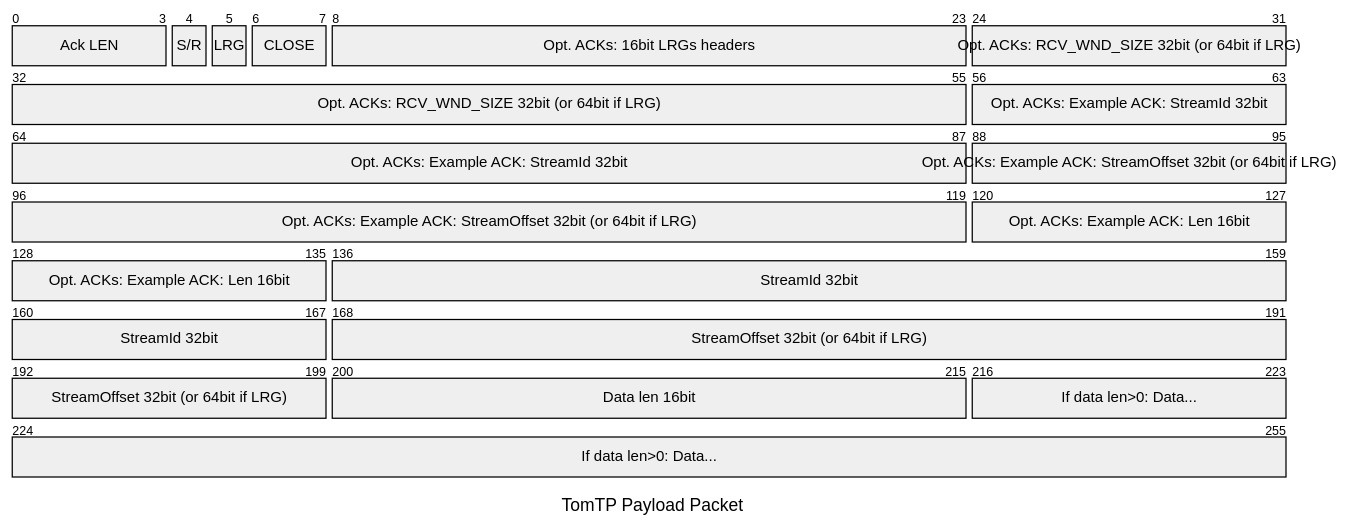
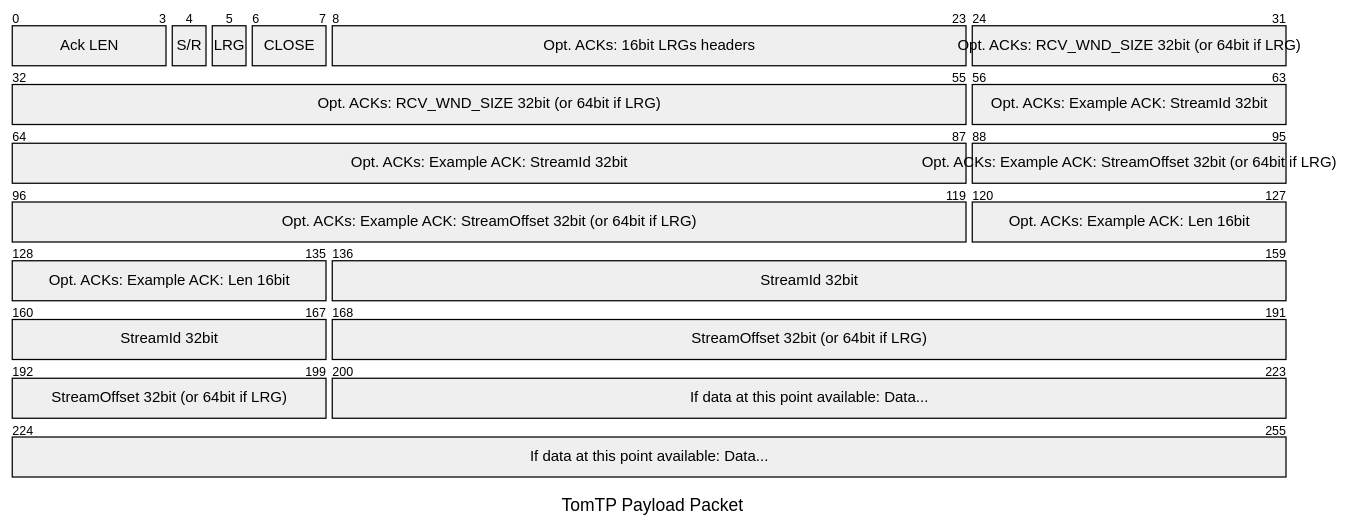
The sixth of 7 diagrams in Readme.md (tbocek/tomtp), drawn with Mermaid before and after one commit. The commit also changed other lines of this file and 5 other files, not shown here.

````diff
--- a/Readme.md
+++ b/Readme.md
@@ -213,19 +213,18 @@
 ```mermaid
 ---
 title: "TomTP Payload Packet"
 ---
 packet-beta
   0-3: "Ack LEN"
   4: "S/R"
   5: "LRG"
   6-7: "CLOSE"
   8-23: "Opt. ACKs: 16bit LRGs headers"
   24-55: "Opt. ACKs: RCV_WND_SIZE 32bit (or 64bit if LRG)"
   56-87: "Opt. ACKs: Example ACK: StreamId 32bit"
   88-119: "Opt. ACKs: Example ACK: StreamOffset 32bit (or 64bit if LRG)"
   120-135: "Opt. ACKs: Example ACK: Len 16bit"
   136-167: "StreamId 32bit"
   168-199: "StreamOffset 32bit (or 64bit if LRG)"
-  200-215: "Data len 16bit"
-  216-255: "If data len>0: Data..."
+  200-255: "If data at this point available: Data..."
 ```
````
